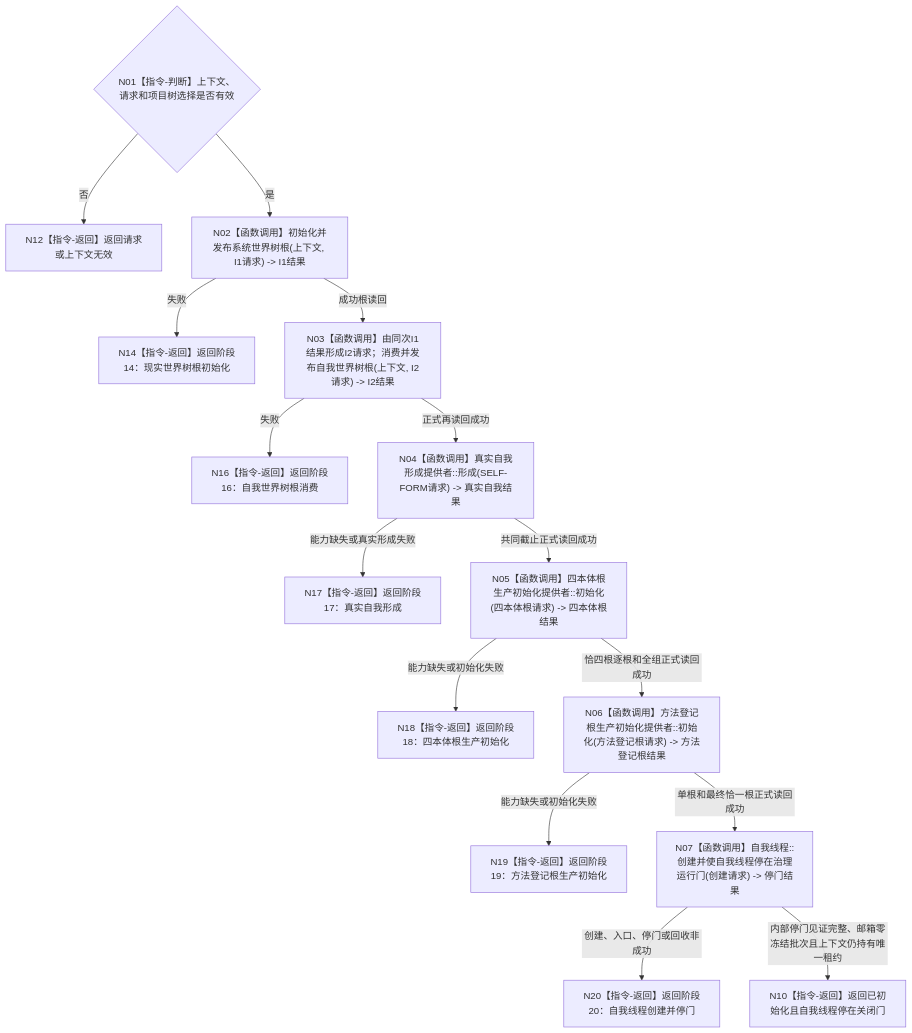
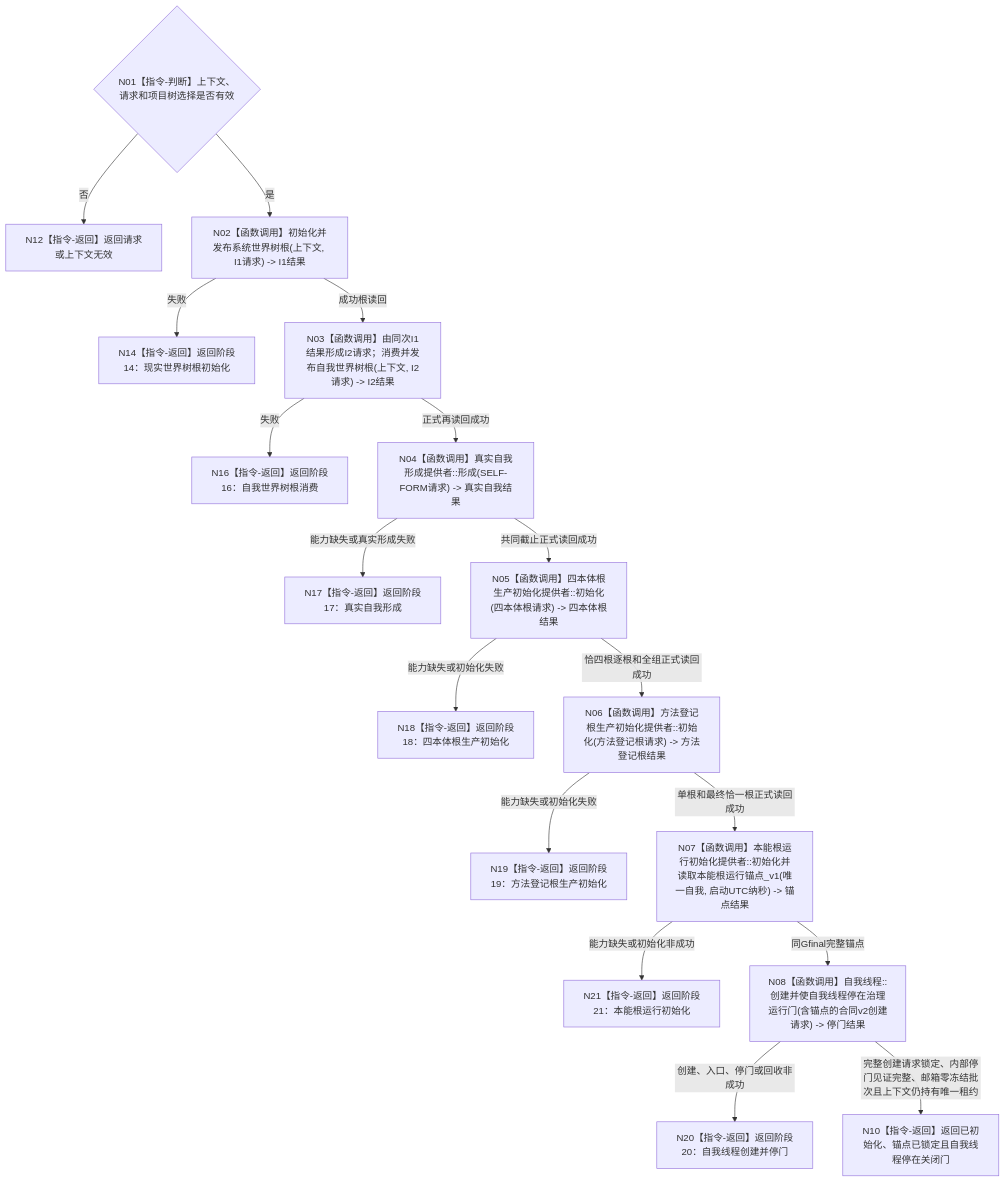
Before and after one commit to chunhaizh-cyber/HY-Ego: the diagram in 流程图/目标业务流程图/L2/BIZ-L2-001-03_初始化普通系统_目标函数流程图_v0.2.md, drawn with Mermaid. The commit also changed other lines of this file and 178 other files, not shown here.

Commit message:
校正目标业务流程图全层接线

````diff
--- a/流程图/目标业务流程图/L2/BIZ-L2-001-03_初始化普通系统_目标函数流程图_v0.2.md
+++ b/流程图/目标业务流程图/L2/BIZ-L2-001-03_初始化普通系统_目标函数流程图_v0.2.md
@@ -29,17 +29,19 @@
 ```mermaid
 flowchart TD
     N01{"N01【指令-判断】上下文、请求和项目树选择是否有效"} -->|否| N12["N12【指令-返回】返回请求或上下文无效"]
     N01 -->|是| N02["N02【函数调用】初始化并发布系统世界树根(上下文, I1请求) -> I1结果"]
     N02 -->|失败| N14["N14【指令-返回】返回阶段14：现实世界树根初始化"]
     N02 -->|成功根读回| N03["N03【函数调用】由同次I1结果形成I2请求；消费并发布自我世界树根(上下文, I2请求) -> I2结果"]
     N03 -->|失败| N16["N16【指令-返回】返回阶段16：自我世界树根消费"]
     N03 -->|正式再读回成功| N04["N04【函数调用】真实自我形成提供者::形成(SELF-FORM请求) -> 真实自我结果"]
     N04 -->|能力缺失或真实形成失败| N17["N17【指令-返回】返回阶段17：真实自我形成"]
     N04 -->|共同截止正式读回成功| N05["N05【函数调用】四本体根生产初始化提供者::初始化(四本体根请求) -> 四本体根结果"]
     N05 -->|能力缺失或初始化失败| N18["N18【指令-返回】返回阶段18：四本体根生产初始化"]
     N05 -->|恰四根逐根和全组正式读回成功| N06["N06【函数调用】方法登记根生产初始化提供者::初始化(方法登记根请求) -> 方法登记根结果"]
     N06 -->|能力缺失或初始化失败| N19["N19【指令-返回】返回阶段19：方法登记根生产初始化"]
-    N06 -->|单根和最终恰一根正式读回成功| N07["N07【函数调用】自我线程::创建并使自我线程停在治理运行门(创建请求) -> 停门结果"]
-    N07 -->|创建、入口、停门或回收非成功| N20["N20【指令-返回】返回阶段20：自我线程创建并停门"]
-    N07 -->|内部停门见证完整、邮箱零冻结批次且上下文仍持有唯一租约| N10["N10【指令-返回】返回已初始化且自我线程停在关闭门"]
+    N06 -->|单根和最终恰一根正式读回成功| N07["N07【函数调用】本能根运行初始化提供者::初始化并读取本能根运行锚点_v1(唯一自我, 启动UTC纳秒) -> 锚点结果"]
+    N07 -->|能力缺失或初始化非成功| N21["N21【指令-返回】返回阶段21：本能根运行初始化"]
+    N07 -->|同Gfinal完整锚点| N08["N08【函数调用】自我线程::创建并使自我线程停在治理运行门(含锚点的合同v2创建请求) -> 停门结果"]
+    N08 -->|创建、入口、停门或回收非成功| N20["N20【指令-返回】返回阶段20：自我线程创建并停门"]
+    N08 -->|完整创建请求锁定、内部停门见证完整、邮箱零冻结批次且上下文仍持有唯一租约| N10["N10【指令-返回】返回已初始化、锚点已锁定且自我线程停在关闭门"]
 ```
````
